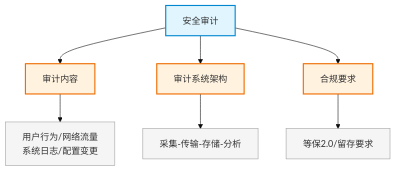
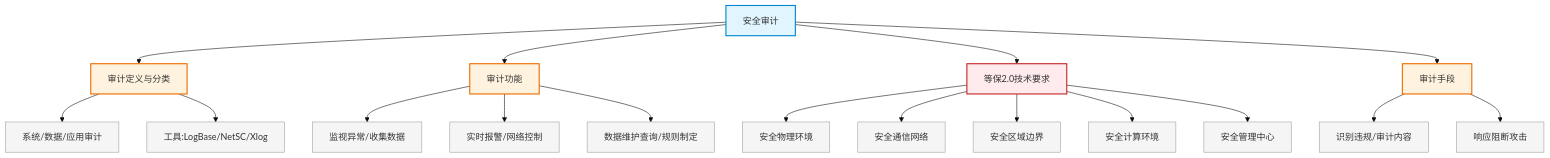
One commit to silverbulle/Network_Planning_and_Design changed the diagram in network-security/24_security_audit.md. Above: the diagram before and after it, drawn with Mermaid (base theme). The commit also changed other lines of this file and 2 other files, not shown here.

````diff
--- a/network-security/24_security_audit.md
+++ b/network-security/24_security_audit.md
@@ -9,18 +8,41 @@
 ```mermaid
 flowchart TD
-    A["安全审计"] --> B["审计内容"]
-    A --> C["审计系统架构"]
-    A --> D["合规要求"]
+    A["安全审计"] --> B["审计定义与分类"]
+    A --> C["审计功能"]
+    A --> D["等保2.0技术要求"]
+    A --> E["审计手段"]
 
-    B --> B1["用户行为/网络流量<br>系统日志/配置变更"]
-    C --> C1["采集-传输-存储-分析"]
-    D --> D1["等保2.0/留存要求"]
+    B --> B1["系统/数据/应用审计"]
+    B --> B2["工具:LogBase/NetSC/Xlog"]
+
+    C --> C1["监视异常/收集数据"]
+    C --> C2["实时报警/网络控制"]
+    C --> C3["数据维护查询/规则制定"]
+
+    D --> D1["安全物理环境"]
+    D --> D2["安全通信网络"]
+    D --> D3["安全区域边界"]
+    D --> D4["安全计算环境"]
+    D --> D5["安全管理中心"]
+
+    E --> E1["识别违规/审计内容"]
+    E --> E2["响应阻断攻击"]
 
     style A fill:#e1f5fe,stroke:#0288d1,stroke-width:2px
     style B fill:#fff3e0,stroke:#ef6c00,stroke-width:2px
     style C fill:#fff3e0,stroke:#ef6c00,stroke-width:2px
-    style D fill:#fff3e0,stroke:#ef6c00,stroke-width:2px
+    style D fill:#ffebee,stroke:#c62828,stroke-width:2px
+    style E fill:#fff3e0,stroke:#ef6c00,stroke-width:2px
     style B1 fill:#f5f5f5,stroke:#9e9e9e
+    style B2 fill:#f5f5f5,stroke:#9e9e9e
     style C1 fill:#f5f5f5,stroke:#9e9e9e
+    style C2 fill:#f5f5f5,stroke:#9e9e9e
+    style C3 fill:#f5f5f5,stroke:#9e9e9e
     style D1 fill:#f5f5f5,stroke:#9e9e9e
+    style D2 fill:#f5f5f5,stroke:#9e9e9e
+    style D3 fill:#f5f5f5,stroke:#9e9e9e
+    style D4 fill:#f5f5f5,stroke:#9e9e9e
+    style D5 fill:#f5f5f5,stroke:#9e9e9e
+    style E1 fill:#f5f5f5,stroke:#9e9e9e
+    style E2 fill:#f5f5f5,stroke:#9e9e9e
 ```
````
